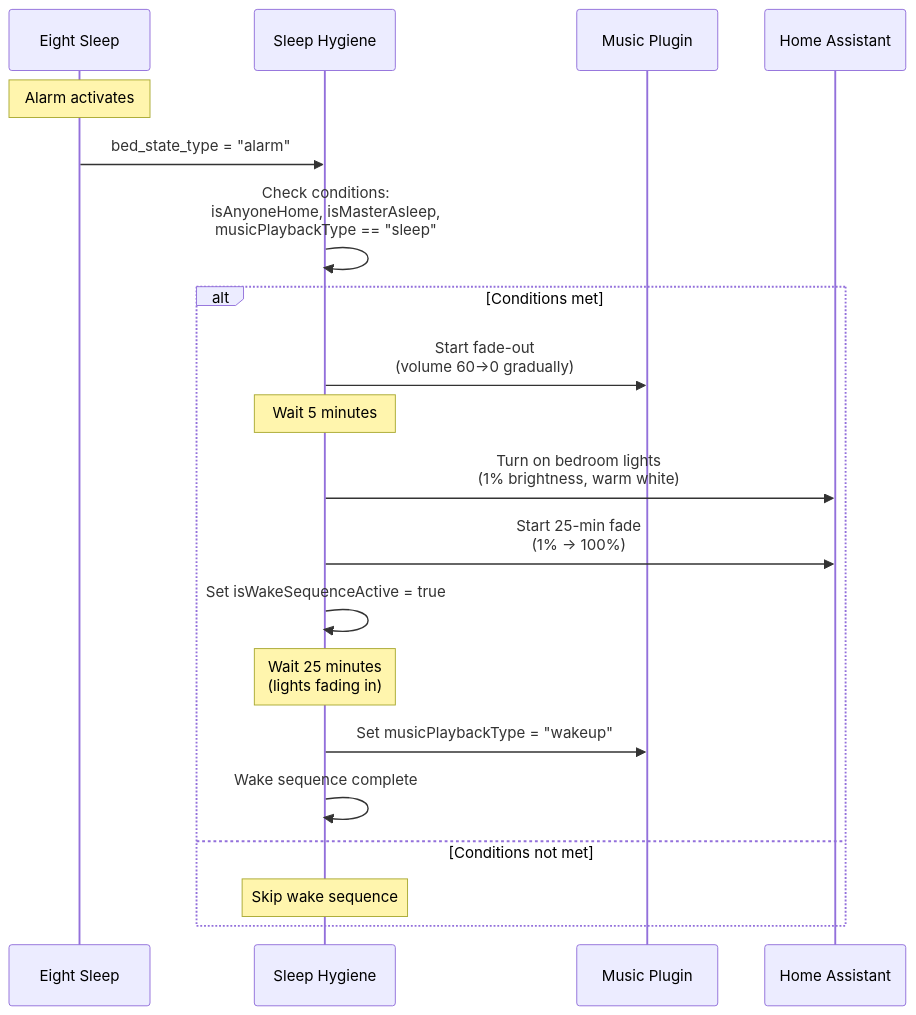
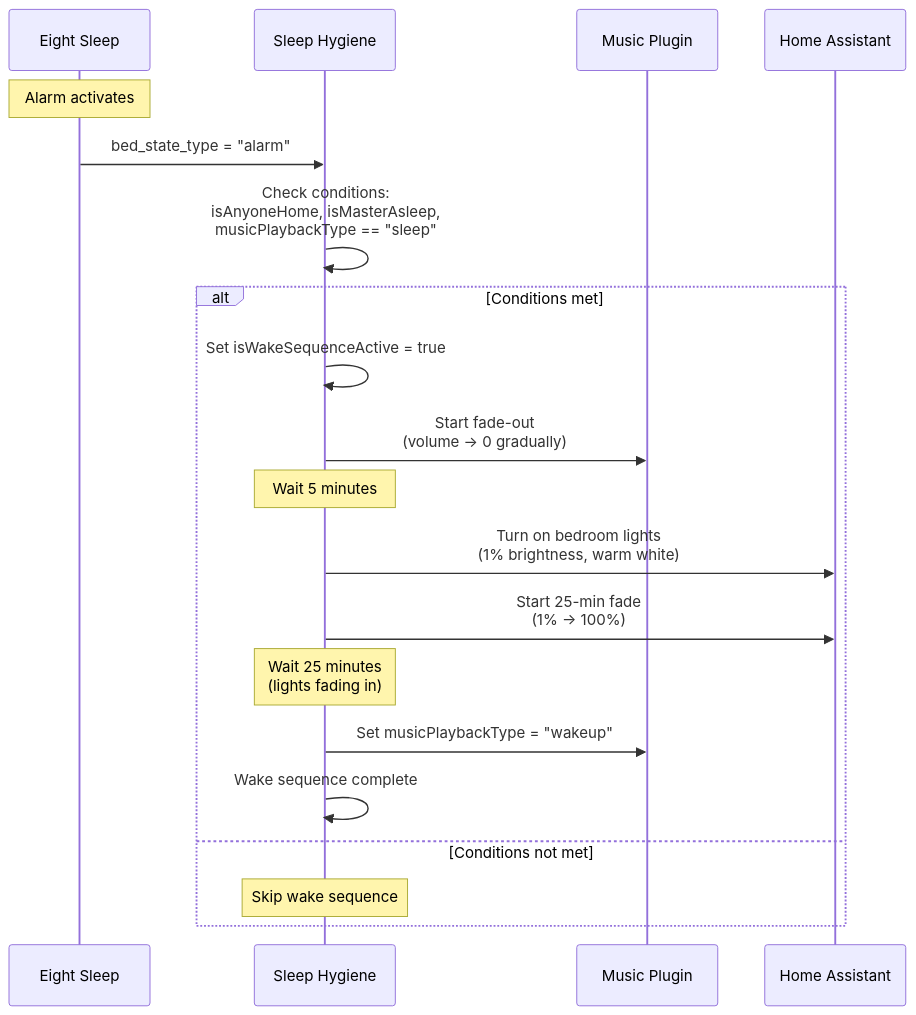
Before and after one commit to NickBorgers/home-automation: the second of 9 diagrams in docs/flows/SLEEP_HYGIENE.md, drawn with Mermaid. The commit also changed other lines of this file, not shown here.

Commit message:
docs: Update SLEEP_HYGIENE.md to reflect fade-out abort condition fix
The wake sequence now sets isWakeSequenceActive=true immediately (before
fade-out starts), and the fade-out loop checks isWakeSequenceActive
instead of musicPlaybackType to decide whether to abort. Updated the
sequence diagram ordering and fade-out flowchart abort label to match.

````diff
--- a/docs/flows/SLEEP_HYGIENE.md
+++ b/docs/flows/SLEEP_HYGIENE.md
@@ -52,30 +52,30 @@
 ```mermaid
 sequenceDiagram
     participant ES as Eight Sleep
     participant SH as Sleep Hygiene
     participant Music as Music Plugin
     participant Lights as Home Assistant
 
     Note over ES: Alarm activates
 
     ES->>SH: bed_state_type = "alarm"
 
     SH->>SH: Check conditions:<br/>isAnyoneHome, isMasterAsleep,<br/>musicPlaybackType == "sleep"
 
     alt Conditions met
-        SH->>Music: Start fade-out<br/>(volume 60→0 gradually)
+        SH->>SH: Set isWakeSequenceActive = true
+        SH->>Music: Start fade-out<br/>(volume → 0 gradually)
 
         Note over SH: Wait 5 minutes
 
         SH->>Lights: Turn on bedroom lights<br/>(1% brightness, warm white)
         SH->>Lights: Start 25-min fade<br/>(1% → 100%)
-        SH->>SH: Set isWakeSequenceActive = true
 
         Note over SH: Wait 25 minutes<br/>(lights fading in)
 
         SH->>Music: Set musicPlaybackType = "wakeup"
         SH->>SH: Wake sequence complete
     else Conditions not met
         Note over SH: Skip wake sequence
     end
 ```
````
